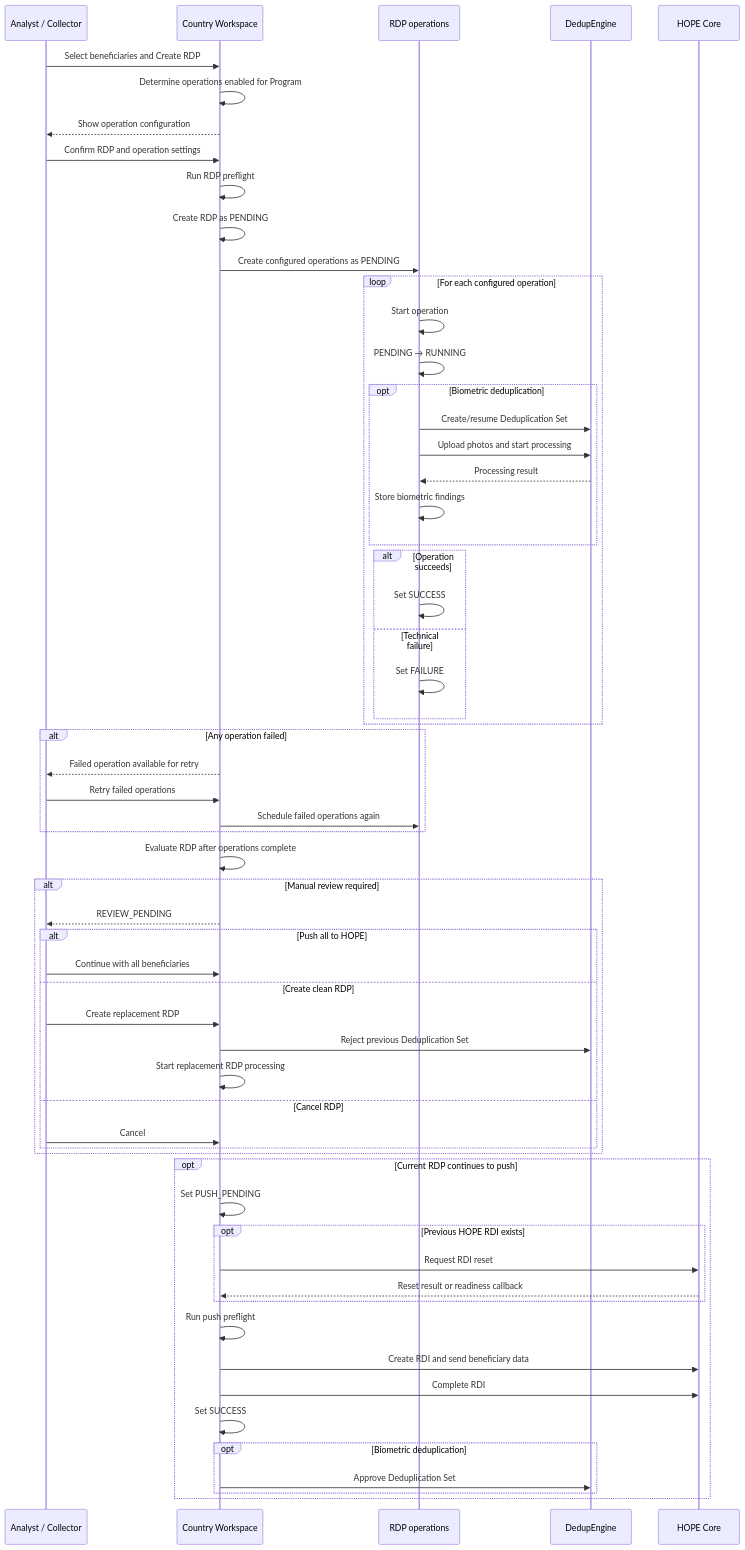
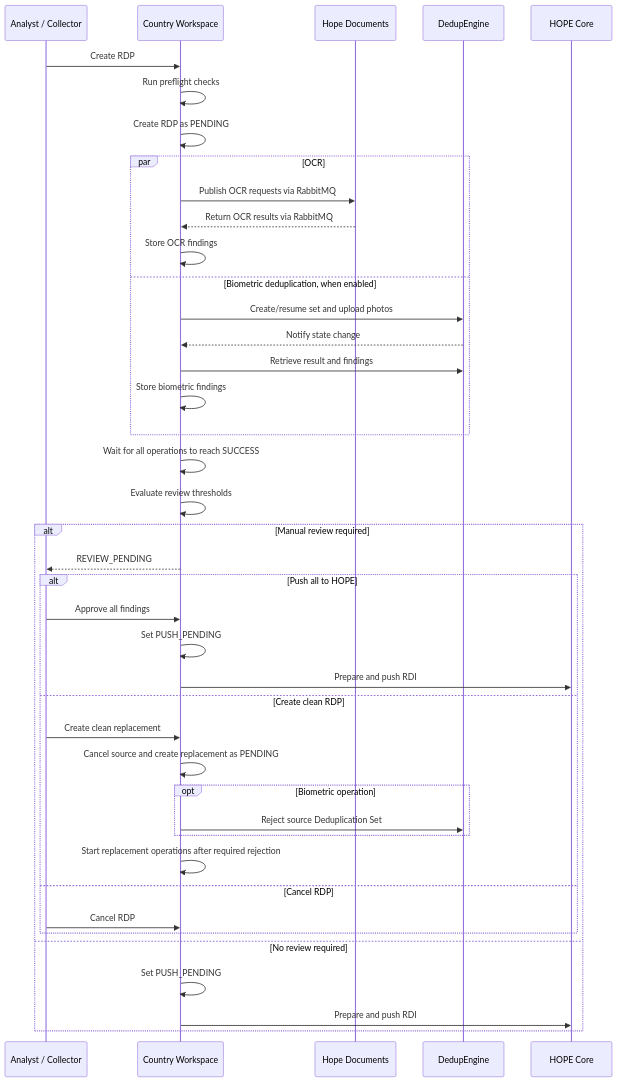
One commit to unicef/hope-country-workspace changed the diagram in docs/src/rdp/processing.md. Above: the diagram before and after it, drawn with Mermaid. The commit also changed other lines of this file and 21 other files, not shown here.

````diff
--- a/docs/src/rdp/processing.md
+++ b/docs/src/rdp/processing.md
@@ -9,75 +9,48 @@
 ```mermaid
 sequenceDiagram
     participant User as Analyst / Collector
     participant CW as Country Workspace
-    participant OP as RDP operations
+    participant HD as Hope Documents
     participant DE as DedupEngine
     participant HOPE as HOPE Core
 
-    User->>CW: Select beneficiaries and Create RDP
-    CW->>CW: Determine operations enabled for Program
-    CW-->>User: Show operation configuration
-    User->>CW: Confirm RDP and operation settings
+    User->>CW: Create RDP
+    CW->>CW: Run preflight checks
+    CW->>CW: Create RDP as PENDING
 
-    CW->>CW: Run RDP preflight
-    CW->>CW: Create RDP as PENDING
-    CW->>OP: Create configured operations as PENDING
-
-    loop For each configured operation
-        OP->>OP: Start operation
-        OP->>OP: PENDING → RUNNING
-
-        opt Biometric deduplication
-            OP->>DE: Create/resume Deduplication Set
-            OP->>DE: Upload photos and start processing
-            DE-->>OP: Processing result
-            OP->>OP: Store biometric findings
-        end
-
-        alt Operation succeeds
-            OP->>OP: Set SUCCESS
-        else Technical failure
-            OP->>OP: Set FAILURE
-        end
+    par OCR
+        CW->>HD: Publish OCR requests via RabbitMQ
+        HD-->>CW: Return OCR results via RabbitMQ
+        CW->>CW: Store OCR findings
+    and Biometric deduplication, when enabled
+        CW->>DE: Create/resume set and upload photos
+        DE-->>CW: Notify state change
+        CW->>DE: Retrieve result and findings
+        CW->>CW: Store biometric findings
     end
 
-    alt Any operation failed
-        CW-->>User: Failed operation available for retry
-        User->>CW: Retry failed operations
-        CW->>OP: Schedule failed operations again
-    end
-
-    CW->>CW: Evaluate RDP after operations complete
+    CW->>CW: Wait for all operations to reach SUCCESS
+    CW->>CW: Evaluate review thresholds
 
     alt Manual review required
         CW-->>User: REVIEW_PENDING
 
         alt Push all to HOPE
-            User->>CW: Continue with all beneficiaries
+            User->>CW: Approve all findings
+            CW->>CW: Set PUSH_PENDING
+            CW->>HOPE: Prepare and push RDI
         else Create clean RDP
-            User->>CW: Create replacement RDP
-            CW->>DE: Reject previous Deduplication Set
-            CW->>CW: Start replacement RDP processing
+            User->>CW: Create clean replacement
+            CW->>CW: Cancel source and create replacement as PENDING
+            opt Biometric operation
+                CW->>DE: Reject source Deduplication Set
+            end
+            CW->>CW: Start replacement operations after required rejection
         else Cancel RDP
-            User->>CW: Cancel
+            User->>CW: Cancel RDP
         end
-    end
-
-    opt Current RDP continues to push
+    else No review required
         CW->>CW: Set PUSH_PENDING
-
-        opt Previous HOPE RDI exists
-            CW->>HOPE: Request RDI reset
-            HOPE-->>CW: Reset result or readiness callback
-        end
-
-        CW->>CW: Run push preflight
-        CW->>HOPE: Create RDI and send beneficiary data
-        CW->>HOPE: Complete RDI
-        CW->>CW: Set SUCCESS
-
-        opt Biometric deduplication
-            CW->>DE: Approve Deduplication Set
-        end
+        CW->>HOPE: Prepare and push RDI
     end
 ```
````
